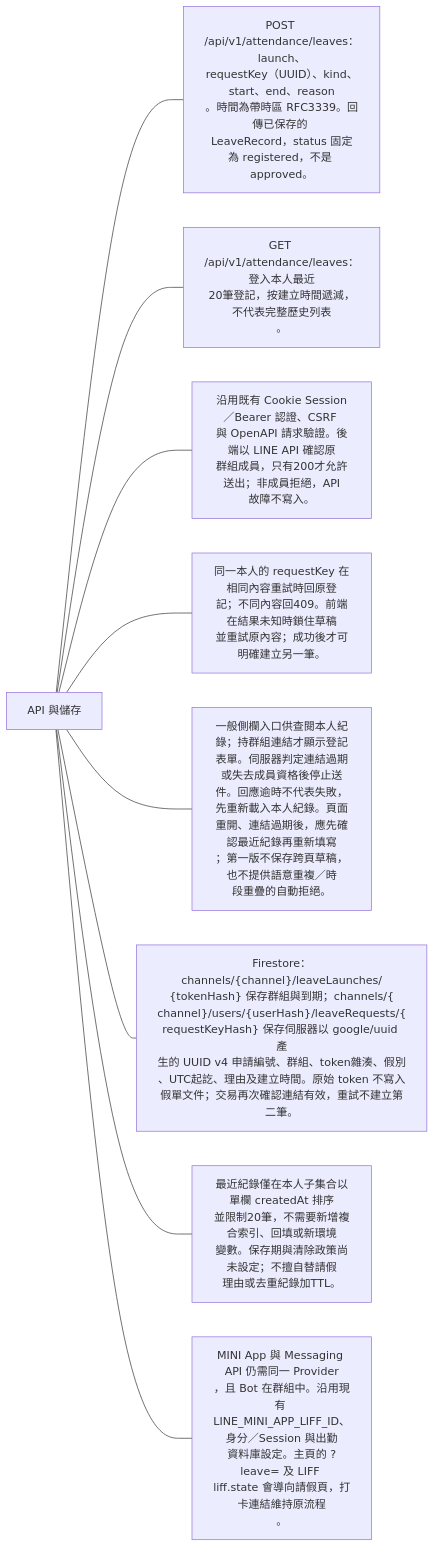
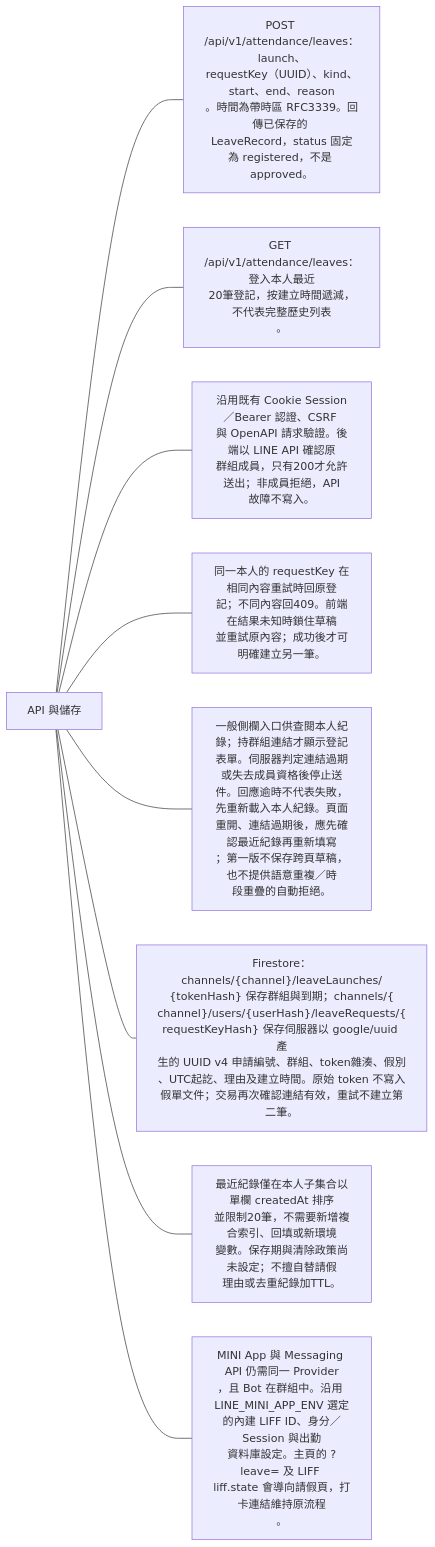
One commit to 963sup/line-mini-app-bot changed the third of 5 diagrams in docs/domains/attendance/leave.md. Above: the diagram before and after it, drawn with Mermaid. The commit also changed 12 other files, not shown here.

````diff
--- a/docs/domains/attendance/leave.md
+++ b/docs/domains/attendance/leave.md
@@ -33,12 +33,12 @@
 ```mermaid
 flowchart LR
   h["API 與儲存"]
   h --- n0["POST /api/v1/attendance/leaves：launch、<br/>requestKey（UUID）、kind、start、end、reason<br/>。時間為帶時區 RFC3339。回傳已保存的 <br/>LeaveRecord，status 固定為 registered，不是 <br/>approved。"]
   h --- n1["GET /api/v1/attendance/leaves：登入本人最近<br/>20筆登記，按建立時間遞減，不代表完整歷史列表<br/>。"]
   h --- n2["沿用既有 Cookie Session／Bearer 認證、CSRF <br/>與 OpenAPI 請求驗證。後端以 LINE API 確認原<br/>群組成員，只有200才允許送出；非成員拒絕，API<br/>故障不寫入。"]
   h --- n3["同一本人的 requestKey 在相同內容重試時回原登<br/>記；不同內容回409。前端在結果未知時鎖住草稿<br/>並重試原內容；成功後才可明確建立另一筆。"]
   h --- n4["一般側欄入口供查閱本人紀錄；持群組連結才顯示登記表單。伺服器判定連結過期或失去成員資格後停止送件。回應逾時不代表失敗，先重新載入本人紀錄。頁面<br/>重開、連結過期後，應先確認最近紀錄再重新填寫<br/>；第一版不保存跨頁草稿，也不提供語意重複／時<br/>段重疊的自動拒絕。"]
   h --- n5["Firestore：channels/{channel}/leaveLaunches/<br/>{tokenHash} 保存群組與到期；channels/{<br/>channel}/users/{userHash}/leaveRequests/{<br/>requestKeyHash} 保存伺服器以 google/uuid 產<br/>生的 UUID v4 申請編號、群組、token雜湊、假別<br/>、UTC起訖、理由及建立時間。原始 token 不寫入<br/>假單文件；交易再次確認連結有效，重試不建立第<br/>二筆。"]
   h --- n6["最近紀錄僅在本人子集合以單欄 createdAt 排序<br/>並限制20筆，不需要新增複合索引、回填或新環境<br/>變數。保存期與清除政策尚未設定；不擅自替請假<br/>理由或去重紀錄加TTL。"]
-  h --- n7["MINI App 與 Messaging API 仍需同一 Provider<br/>，且 Bot 在群組中。沿用現有 <br/>LINE_MINI_APP_LIFF_ID、身分／Session 與出勤<br/>資料庫設定。主頁的 ?leave= 及 LIFF <br/>liff.state 會導向請假頁，打卡連結維持原流程<br/>。"]
+  h --- n7["MINI App 與 Messaging API 仍需同一 Provider<br/>，且 Bot 在群組中。沿用 LINE_MINI_APP_ENV 選定的內建 LIFF ID、身分／Session 與出勤<br/>資料庫設定。主頁的 ?leave= 及 LIFF <br/>liff.state 會導向請假頁，打卡連結維持原流程<br/>。"]
 ```
````
